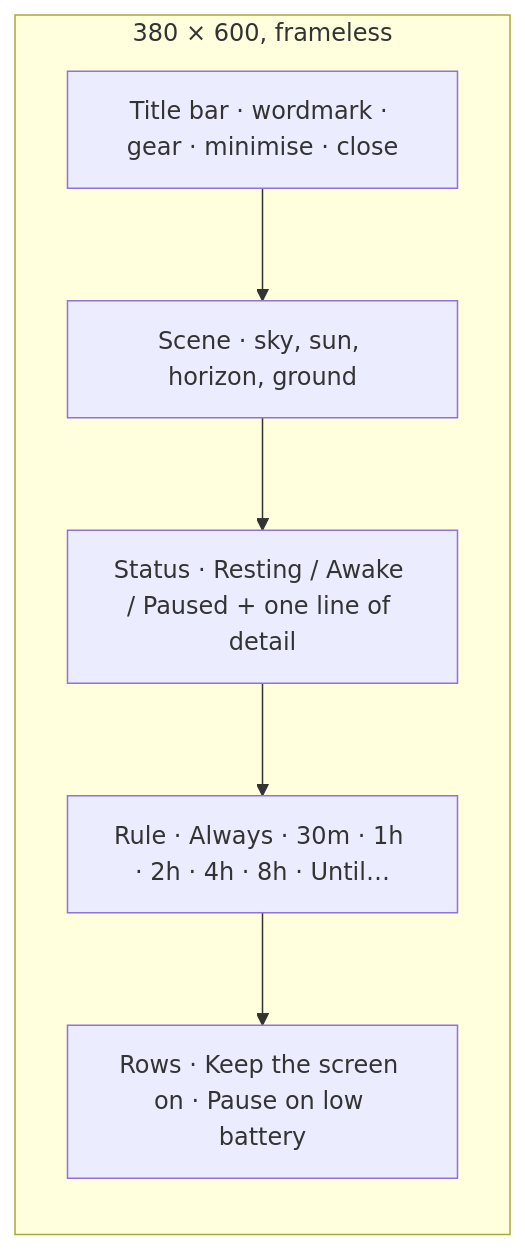
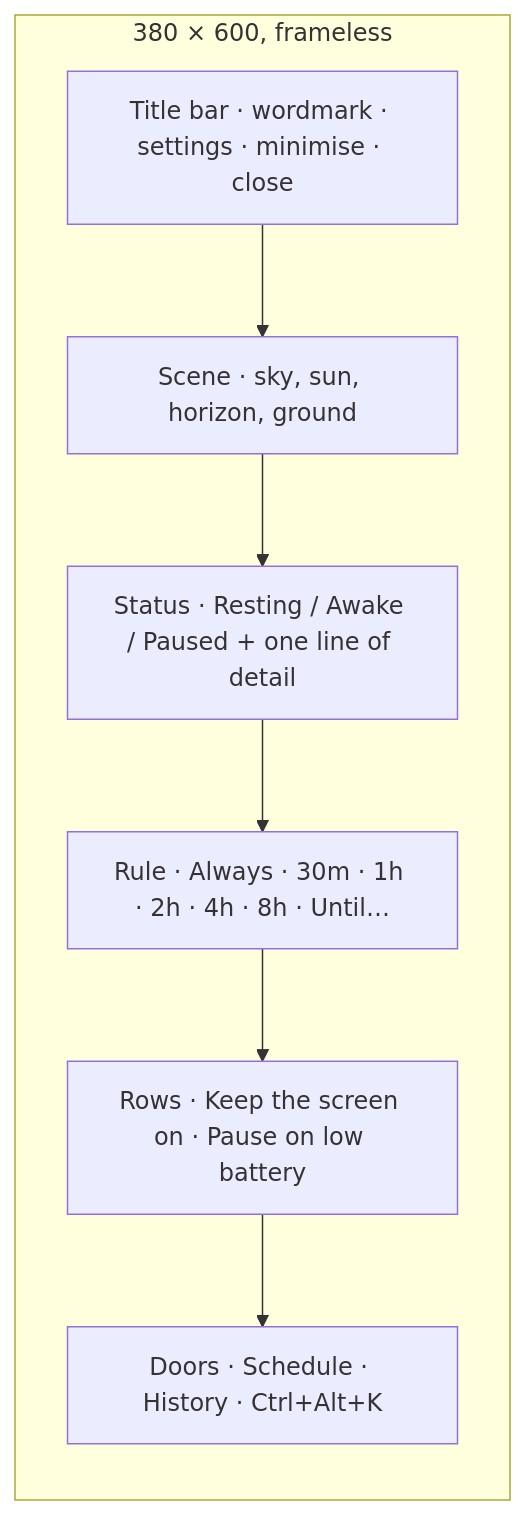
The diagram in docs/guide.md (ax5hay/KeepMeAwake), drawn with Mermaid before and after one commit. The commit also changed other lines of this file and 11 other files, not shown here.

First line of the commit message:
docs: the doors and the settings sliders, with fresh Home shots

````diff
--- a/docs/guide.md
+++ b/docs/guide.md
@@ -7,12 +7,13 @@
 ```mermaid
 flowchart TB
     subgraph Window["380 × 600, frameless"]
         direction TB
-        T["Title bar · wordmark · gear · minimise · close"]
+        T["Title bar · wordmark · settings · minimise · close"]
         S["Scene · sky, sun, horizon, ground"]
         ST["Status · Resting / Awake / Paused + one line of detail"]
         R["Rule · Always · 30m · 1h · 2h · 4h · 8h · Until…"]
         RW["Rows · Keep the screen on · Pause on low battery"]
+        D["Doors · Schedule · History · Ctrl+Alt+K"]
     end
-    T --> S --> ST --> R --> RW
+    T --> S --> ST --> R --> RW --> D
 ```
````
